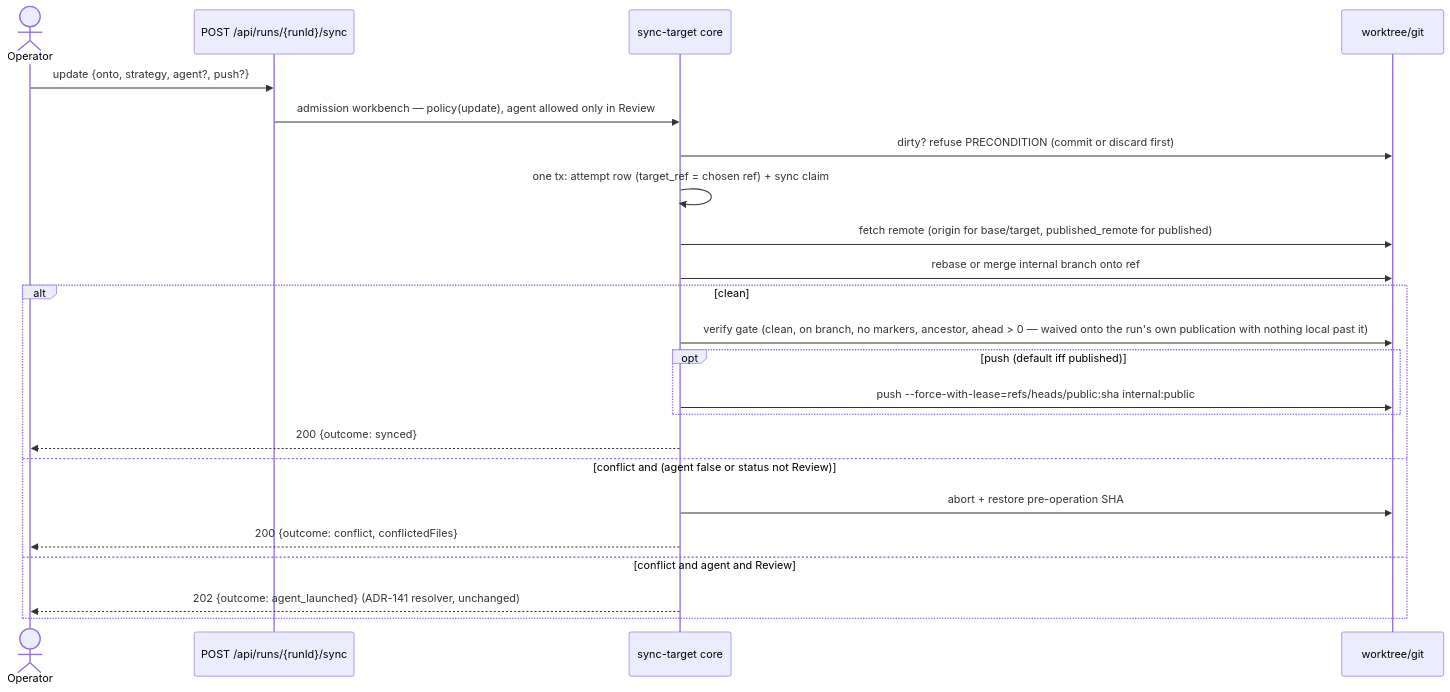
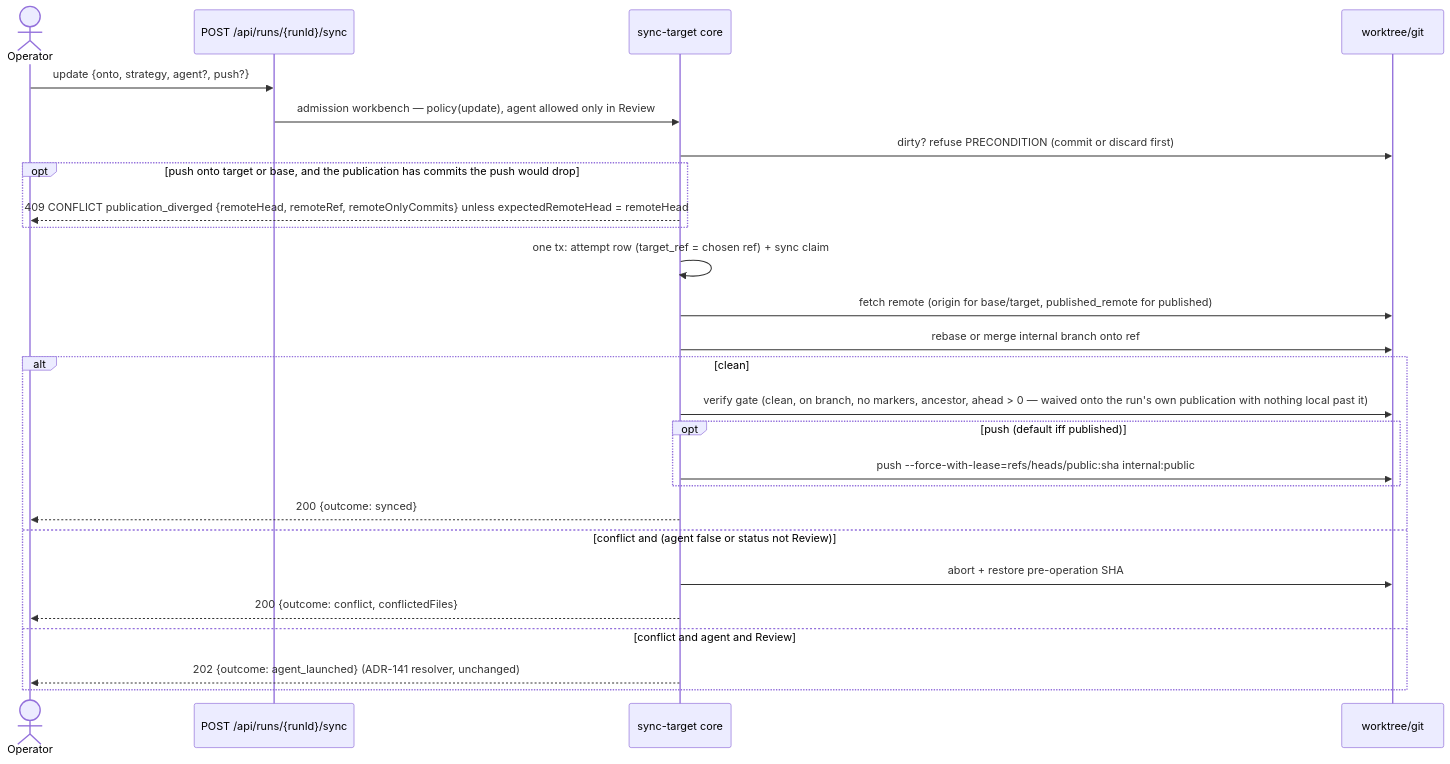
Before and after one commit to maister-dev/maister: the fourth of 6 diagrams in docs/system-analytics/workbench-git.md, drawn with Mermaid. The commit also changed other lines of this file and 16 other files, not shown here.

````diff
--- a/docs/system-analytics/workbench-git.md
+++ b/docs/system-analytics/workbench-git.md
@@ -172,25 +172,28 @@
 ```mermaid
 sequenceDiagram
     actor Op as Operator
     participant Route as POST /api/runs/{runId}/sync
     participant Svc as sync-target core
     participant Git as worktree/git
     Op->>Route: update {onto, strategy, agent?, push?}
     Route->>Svc: admission workbench — policy(update), agent allowed only in Review
     Svc->>Git: dirty? refuse PRECONDITION (commit or discard first)
+    opt push onto target or base, and the publication has commits the push would drop
+        Svc-->>Op: 409 CONFLICT publication_diverged {remoteHead, remoteRef, remoteOnlyCommits} unless expectedRemoteHead = remoteHead
+    end
     Svc->>Svc: one tx: attempt row (target_ref = chosen ref) + sync claim
     Svc->>Git: fetch remote (origin for base/target, published_remote for published)
     Svc->>Git: rebase or merge internal branch onto ref
     alt clean
         Svc->>Git: verify gate (clean, on branch, no markers, ancestor, ahead > 0 — waived onto the run's own publication with nothing local past it)
         opt push (default iff published)
             Svc->>Git: push --force-with-lease=refs/heads/public:sha internal:public
         end
         Svc-->>Op: 200 {outcome: synced}
     else conflict and (agent false or status not Review)
         Svc->>Git: abort + restore pre-operation SHA
         Svc-->>Op: 200 {outcome: conflict, conflictedFiles}
     else conflict and agent and Review
         Svc-->>Op: 202 {outcome: agent_launched} (ADR-141 resolver, unchanged)
     end
 ```
````
